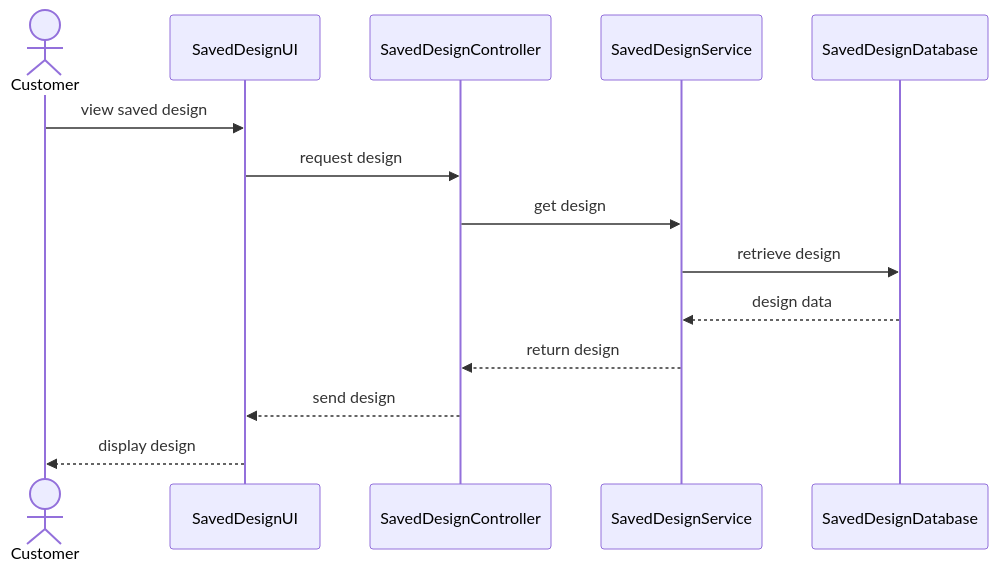
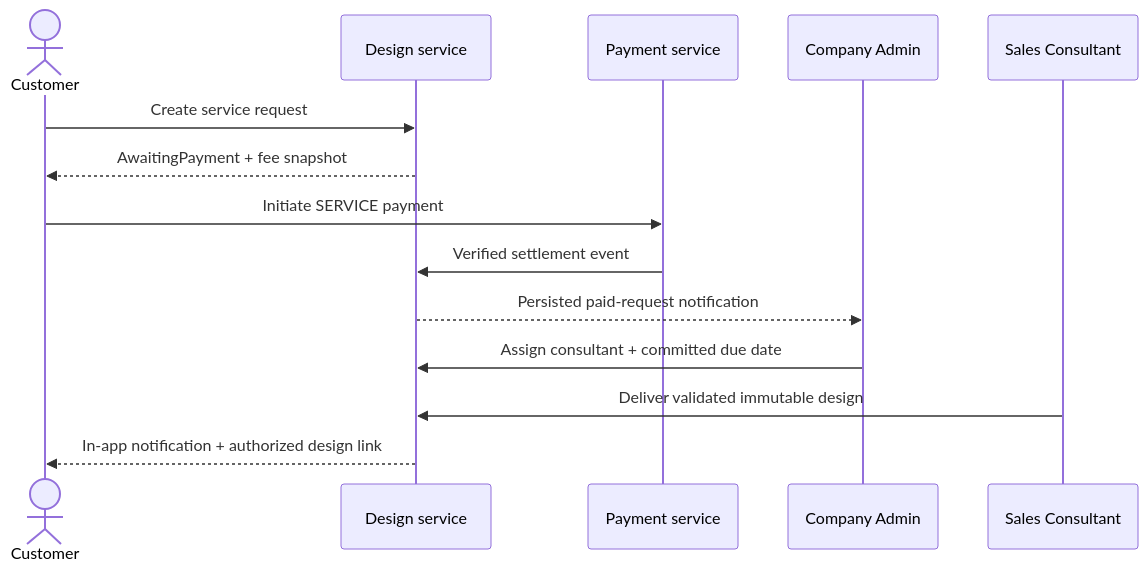
The diagram in specs/spec-MFG-05.md (ankhanhwork/weavelink-project), drawn with Mermaid before and after one commit. The commit also changed other lines of this file and 69 other files, not shown here.

````diff
--- a/specs/spec-MFG-05.md
+++ b/specs/spec-MFG-05.md
@@ -215,17 +39,16 @@
 ```mermaid
 sequenceDiagram
-    actor Customer
-    participant SavedDesignUI
-    participant SavedDesignController
-    participant SavedDesignService
-    participant SavedDesignDatabase
-
-    Customer->>SavedDesignUI: view saved design
-    SavedDesignUI->>SavedDesignController: request design
-    SavedDesignController->>SavedDesignService: get design
-    SavedDesignService->>SavedDesignDatabase: retrieve design
-    SavedDesignDatabase-->>SavedDesignService: design data
-    SavedDesignService-->>SavedDesignController: return design
-    SavedDesignController-->>SavedDesignUI: send design
-    SavedDesignUI-->>Customer: display design
+  actor C as Customer
+  participant D as Design service
+  participant P as Payment service
+  participant A as Company Admin
+  participant S as Sales Consultant
+  C->>D: Create service request
+  D-->>C: AwaitingPayment + fee snapshot
+  C->>P: Initiate SERVICE payment
+  P->>D: Verified settlement event
+  D-->>A: Persisted paid-request notification
+  A->>D: Assign consultant + committed due date
+  S->>D: Deliver validated immutable design
+  D-->>C: In-app notification + authorized design link
 ```
````
